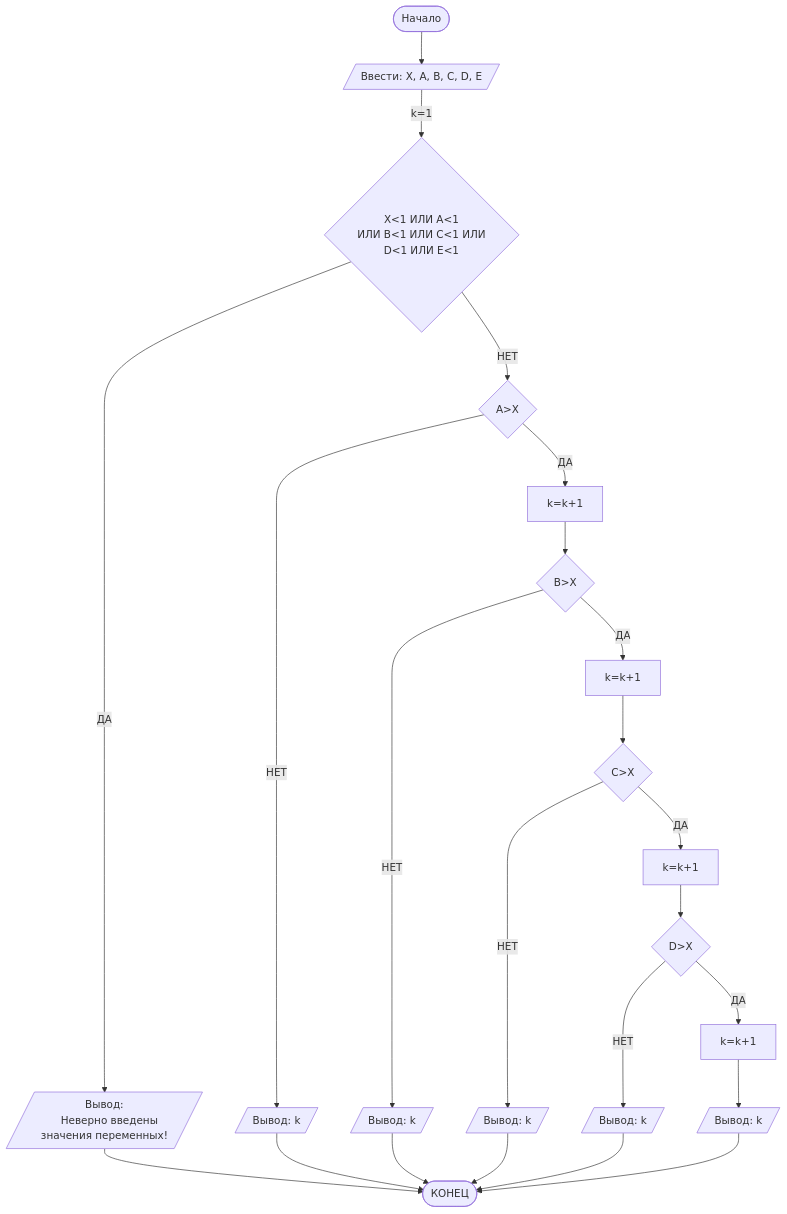
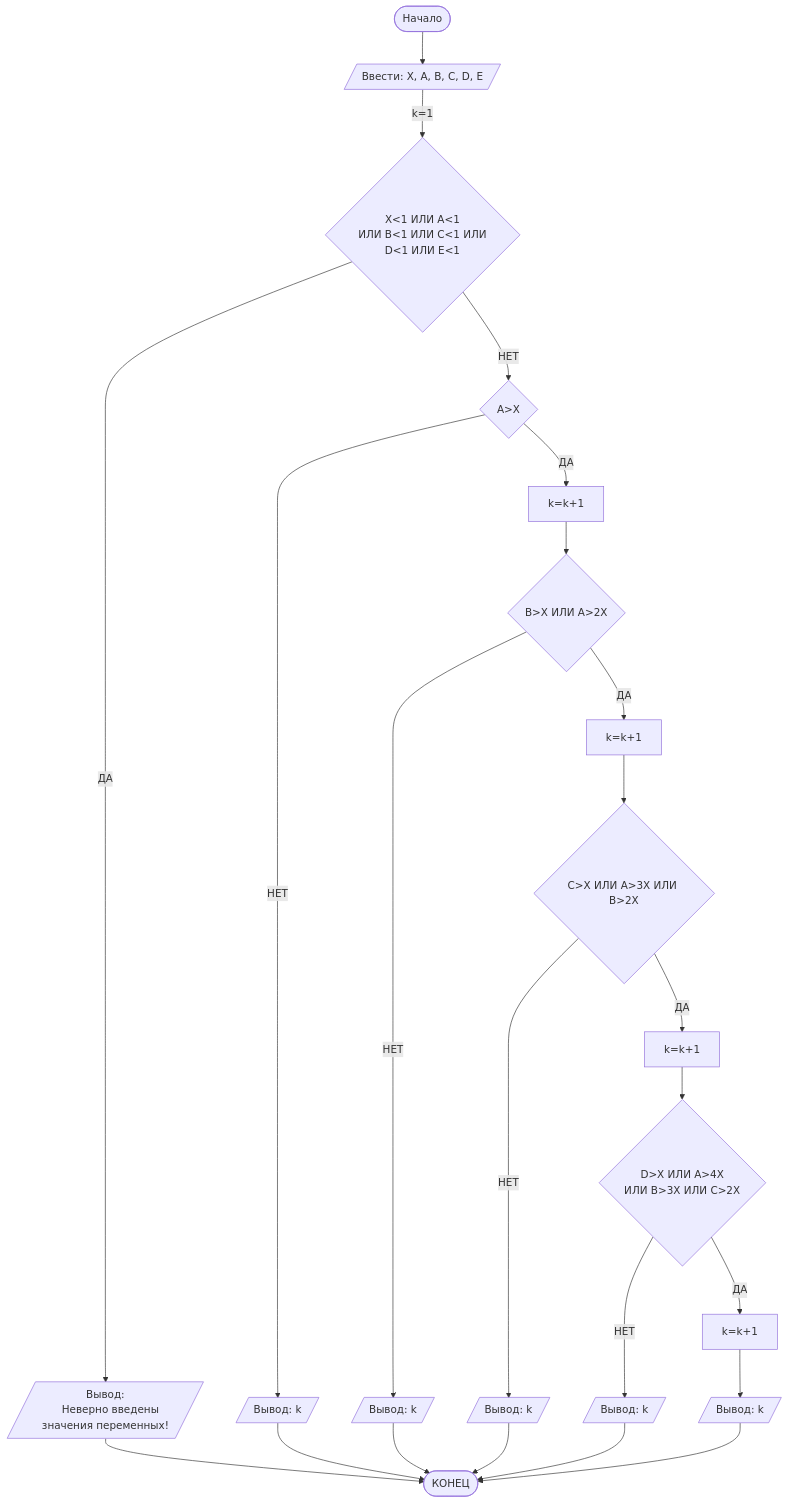
The diagram in README.md (Azerofail/PM-2402), drawn with Mermaid before and after one commit. The commit also changed other lines of this file, not shown here.

````diff
--- a/README.md
+++ b/README.md
@@ -84,28 +84,29 @@
 ```mermaid
 graph TD
     A([Начало]) --> B[/Ввести: X, A, B, C, D, E/]
     B --k=1--> C{X<1 ИЛИ А<1
     ИЛИ B<1 ИЛИ C<1 ИЛИ
     D<1 ИЛИ E<1}
     C -- ДА --> D[/Вывод:
     Неверно введены значения переменных!/]
-    C -- НЕТ --> I{ A>X}
+    C -- НЕТ --> I{ A>X }
     I -- НЕТ --> J[/Вывод: k/]
     I--ДА-->K[k=k+1]
-    K --> Z{B>X}
+    K --> Z{B>X ИЛИ A>2X}
     Z-- НЕТ-->Q[/Вывод: k/]
     Z--ДА-->O[k=k+1]
-    O-->W{C>X}
+    O-->W{C>X ИЛИ A>3X ИЛИ B>2X}
     W-- НЕТ-->E[/Вывод: k/]
     W--ДА-->U[k=k+1]
-    U --> V{D>X}
+    U --> V{D>X ИЛИ A>4X
+     ИЛИ B>3X ИЛИ С>2X }
     V--НЕТ-->L[/Вывод: k/]
     V--ДА-->AS[k=k+1]
     AS-->QW[/Вывод: k/]
     J-->LP([КОНЕЦ])
     D-->LP([КОНЕЦ])
     Q-->LP([КОНЕЦ])
     E-->LP([КОНЕЦ])
     L-->LP([КОНЕЦ])
     QW-->LP([КОНЕЦ])
-```
+```   
````
